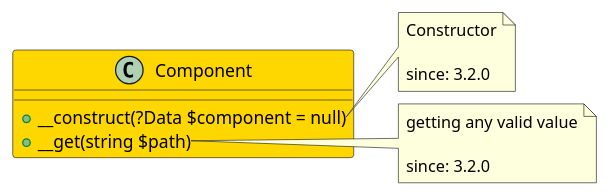
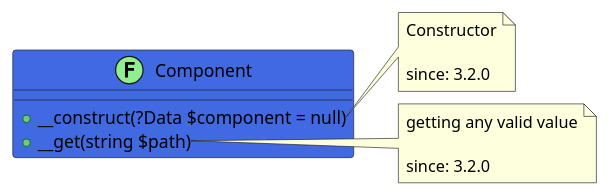
The diagram in src/e2472b22-a329-44d8-b4a2-ae3ba99e17a0/README.md (joomengine/jcb-compiler), drawn with PlantUML before and after one commit. The commit also changed other lines of this file and 725 other files, not shown here.

````diff
--- a/src/e2472b22-a329-44d8-b4a2-ae3ba99e17a0/README.md
+++ b/src/e2472b22-a329-44d8-b4a2-ae3ba99e17a0/README.md
@@ -11,21 +12,21 @@
 ```uml
 @startuml
-class Component  #Gold {
+class Component << (F,LightGreen) >> #RoyalBlue {
   + __construct(?Data $component = null)
   + __get(string $path)
 }
 
 note right of Component::__construct
   Constructor
 
   since: 3.2.0
 end note
 
 note right of Component::__get
   getting any valid value
 
   since: 3.2.0
 end note
  
 @enduml
 ```
````
